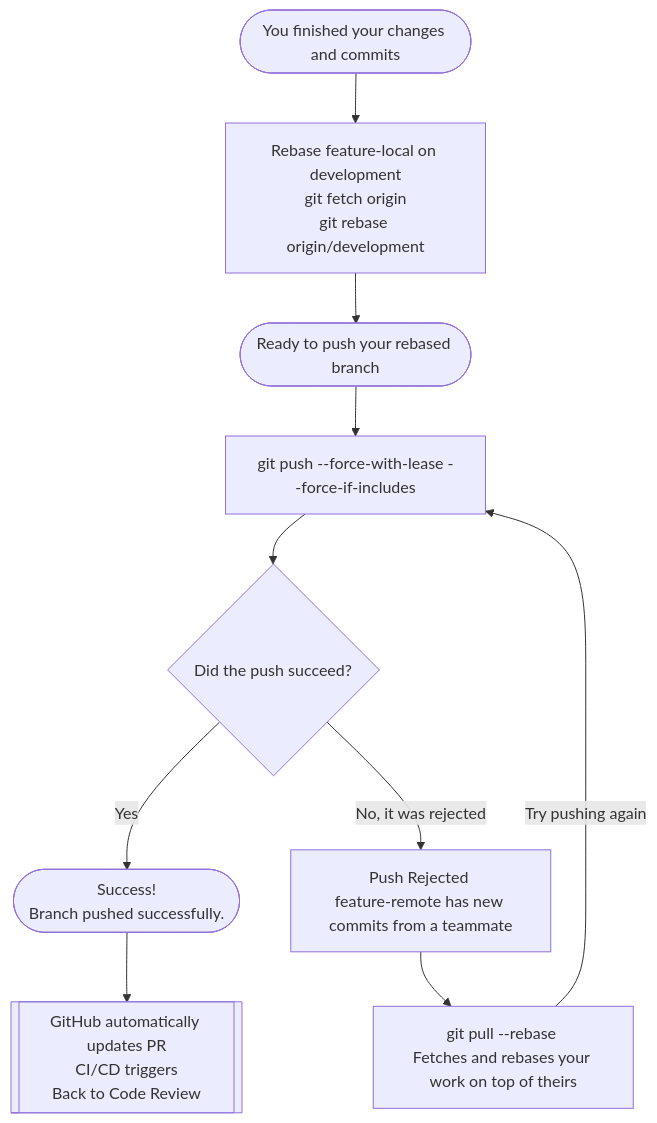
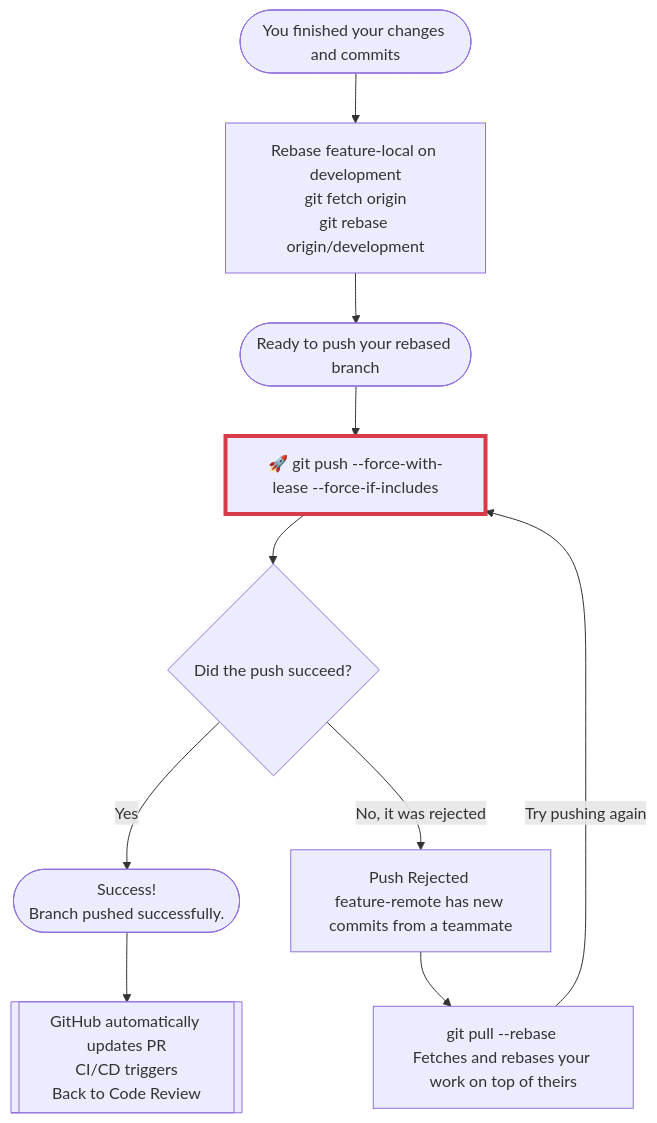
The second of 14 diagrams in README.md (zurcacielos/git-rebase-explained-to-infinity), drawn with Mermaid before and after one commit. The commit also changed other lines of this file and 1 other file, not shown here.

````diff
--- a/README.md
+++ b/README.md
@@ -79,20 +79,21 @@
 ```mermaid
 flowchart TD
     Start([You finished your changes and commits]) --> RebaseLocal[Rebase feature-local on development<br>git fetch origin<br>git rebase origin/development]
     
     RebaseLocal --> Ready([Ready to push your rebased branch])
     
-    Ready --> Push1[git push --force-with-lease --force-if-includes]
+    Ready --> Push1[🚀 git push --force-with-lease --force-if-includes]
+    style Push1 stroke:#d73a49,stroke-width:4px
     
     Push1 --> Check1{Did the push succeed?}
     
     Check1 -- Yes --> Success1([Success! <br>Branch pushed successfully.])
     
     Success1 --> AutoPR[[GitHub automatically updates PR<br>CI/CD triggers<br>Back to Code Review]]
     
     Check1 -- No, it was rejected --> Rejected[Push Rejected <br>feature-remote has new commits from a teammate]
     
     Rejected --> PullRebase[git pull --rebase <br>Fetches and rebases your work on top of theirs]
     
     PullRebase -->|Try pushing again| Push1
 ```
````
